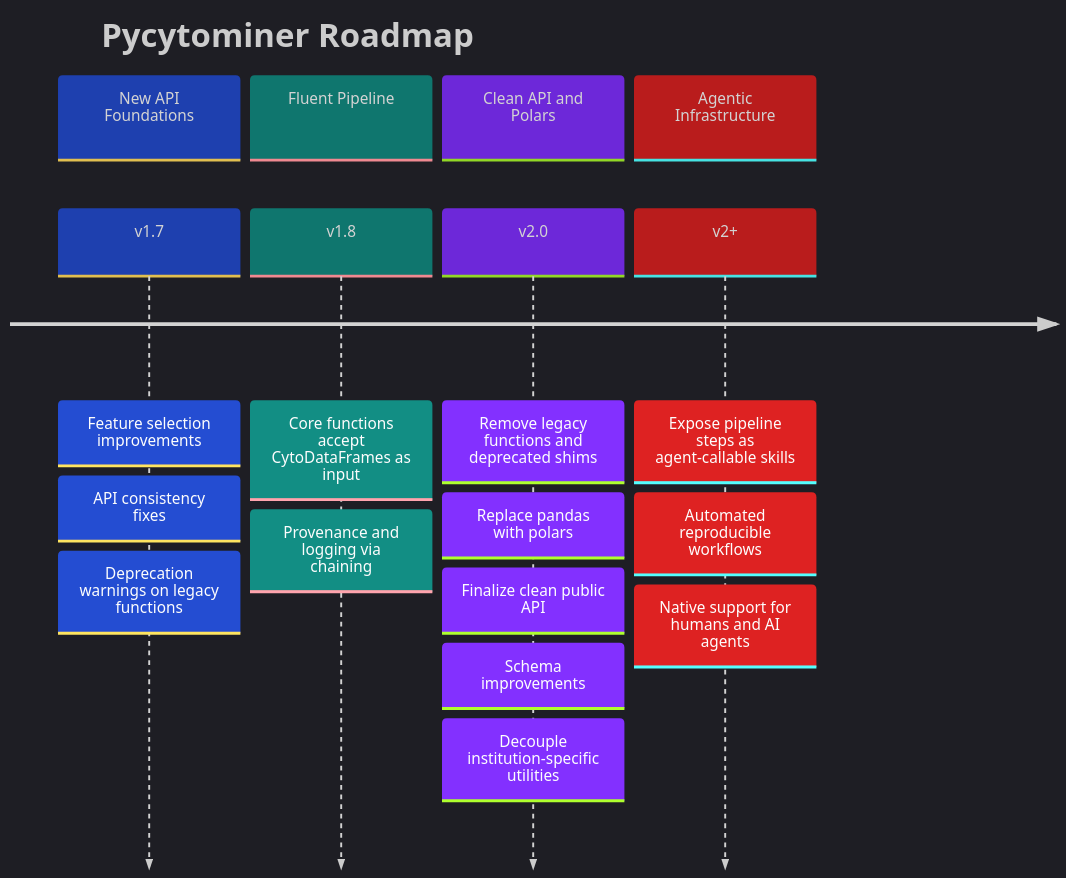
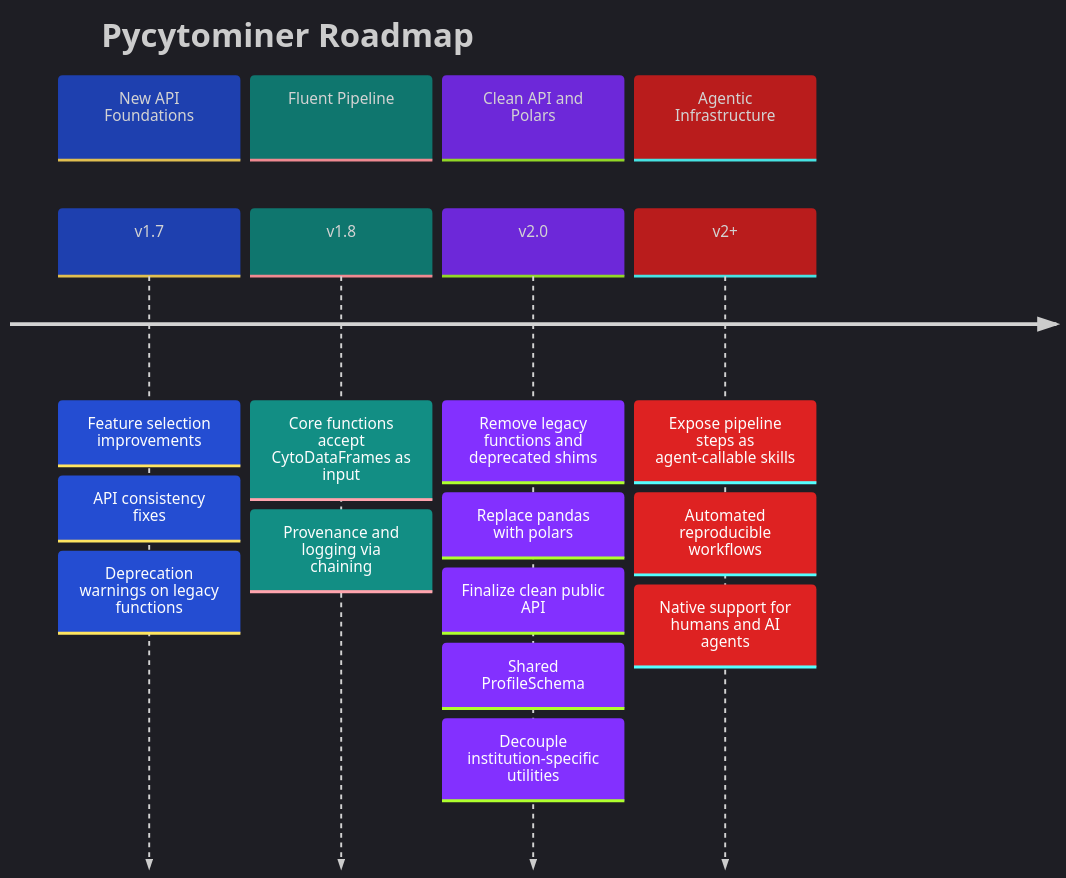
One commit to cytomining/pycytominer changed the diagram in ROADMAP.md. Above: the diagram before and after it, drawn with Mermaid. The commit also changed other lines of this file, not shown here.

Commit message:
updates for profileschema and related

````diff
--- a/ROADMAP.md
+++ b/ROADMAP.md
@@ -6,22 +6,22 @@
 ```mermaid
 %%{init: {'theme': 'dark', 'themeVariables': {'cScale0': '#1e40af', 'cScale1': '#0f766e', 'cScale2': '#6d28d9', 'cScale3': '#b91c1c', 'cScale4': '#111111'}}}%%
 timeline
     title Pycytominer Roadmap
     section New API Foundations
         v1.7 : Feature selection improvements
              : API consistency fixes
              : Deprecation warnings on legacy functions
     section Fluent Pipeline
         v1.8 : Core functions accept CytoDataFrames as input
              : Provenance and logging via chaining
     section Clean API and Polars
         v2.0 : Remove legacy functions and deprecated shims
              : Replace pandas with polars
              : Finalize clean public API
-             : Schema improvements
+             : Shared ProfileSchema
              : Decouple institution-specific utilities
     section Agentic Infrastructure
         v2+ : Expose pipeline steps as agent-callable skills
             : Automated reproducible workflows
             : Native support for humans and AI agents
 ```
````
